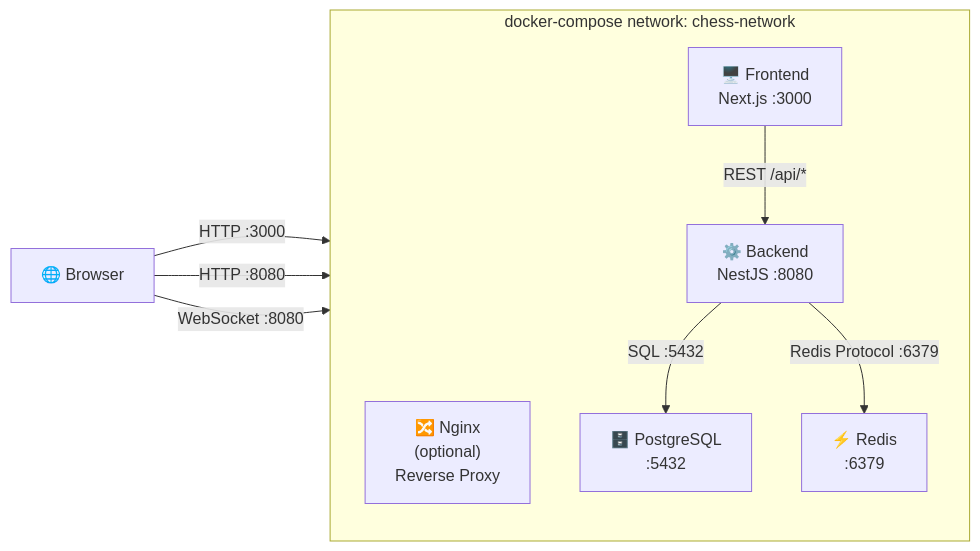
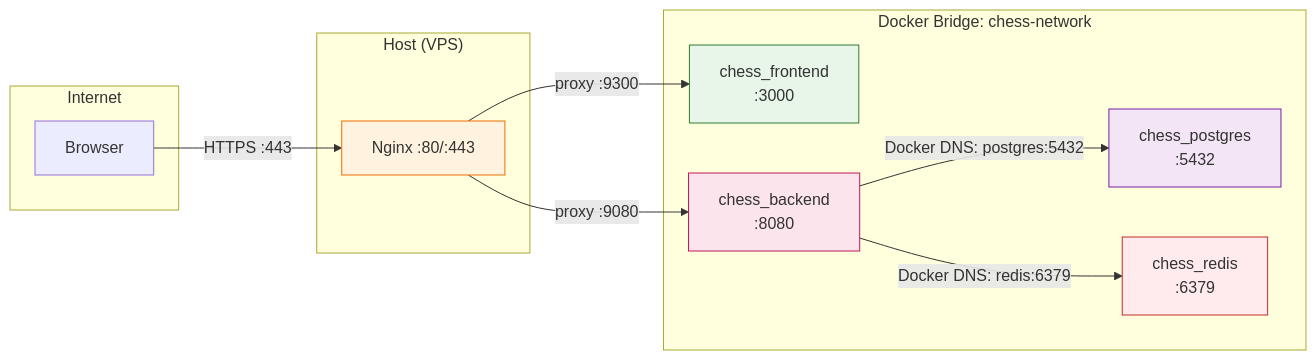
Before and after one commit to legiabao0907/web-chess-real-time: the second of 2 diagrams in docs/deployment-diagram.md, drawn with Mermaid. The commit also changed other lines of this file, not shown here.

Commit message:
sua deploy diagram lan 2

````diff
--- a/docs/deployment-diagram.md
+++ b/docs/deployment-diagram.md
@@ -217,20 +302,29 @@
 ```mermaid
 graph LR
-    subgraph docker_network["docker-compose network: chess-network"]
-        direction TB
-        
-        nginx["🔀 Nginx<br/>(optional)<br/>Reverse Proxy"]
-        frontend["🖥️ Frontend<br/>Next.js :3000"]
-        backend["⚙️ Backend<br/>NestJS :8080"]
-        postgres["🗄️ PostgreSQL<br/>:5432"]
-        redis["⚡ Redis<br/>:6379"]
+    subgraph "Docker Bridge: chess-network"
+        FE["chess_frontend<br/>:3000"]
+        BE["chess_backend<br/>:8080"]
+        PG["chess_postgres<br/>:5432"]
+        RD["chess_redis<br/>:6379"]
     end
-    
-    browser["🌐 Browser"] -->|"HTTP :3000"| frontend
-    browser -->|"HTTP :8080"| backend
-    browser -->|"WebSocket :8080"| backend
-    
-    frontend -->|"REST /api/*"| backend
-    backend -->|"SQL :5432"| postgres
-    backend -->|"Redis Protocol :6379"| redis
+
+    subgraph "Host (VPS)"
+        NGINX["Nginx :80/:443"]
+    end
+
+    subgraph "Internet"
+        BROWSER["Browser"]
+    end
+
+    BROWSER -->|"HTTPS :443"| NGINX
+    NGINX -->|"proxy :9300"| FE
+    NGINX -->|"proxy :9080"| BE
+    BE -->|"Docker DNS: postgres:5432"| PG
+    BE -->|"Docker DNS: redis:6379"| RD
+
+    style NGINX fill:#fff3e0,stroke:#ef6c00
+    style FE fill:#e8f5e9,stroke:#2e7d32
+    style BE fill:#fce4ec,stroke:#c2185b
+    style PG fill:#f3e5f5,stroke:#7b1fa2
+    style RD fill:#ffebee,stroke:#c62828
 ```
````
